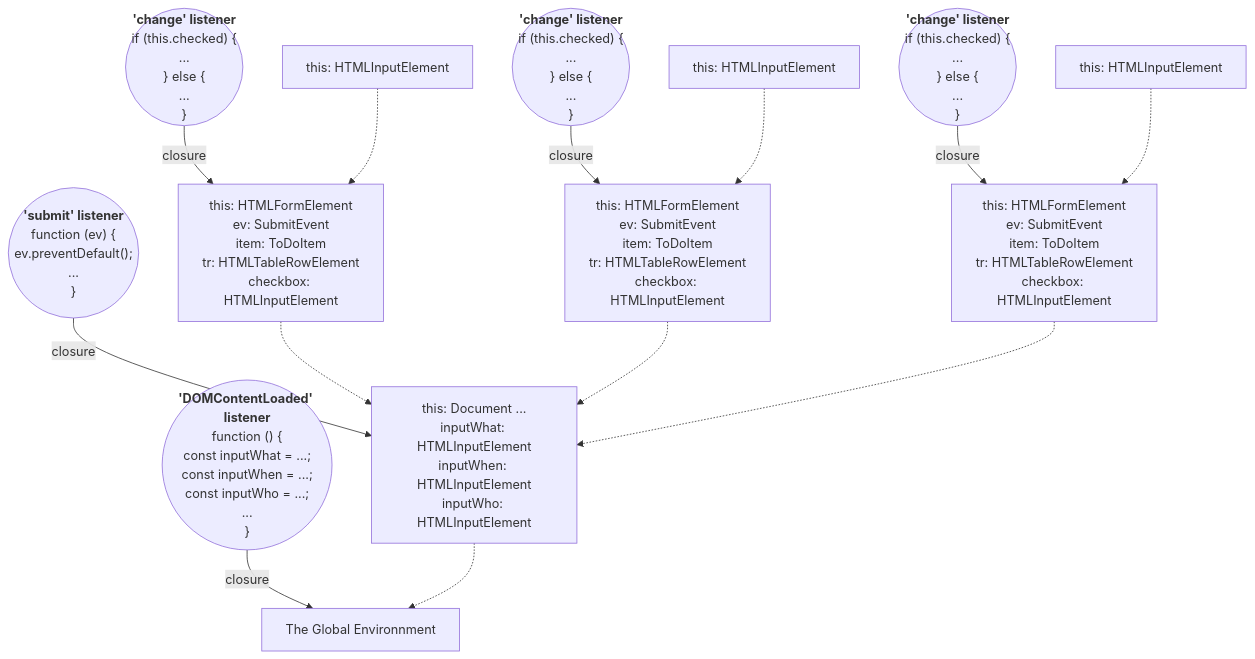
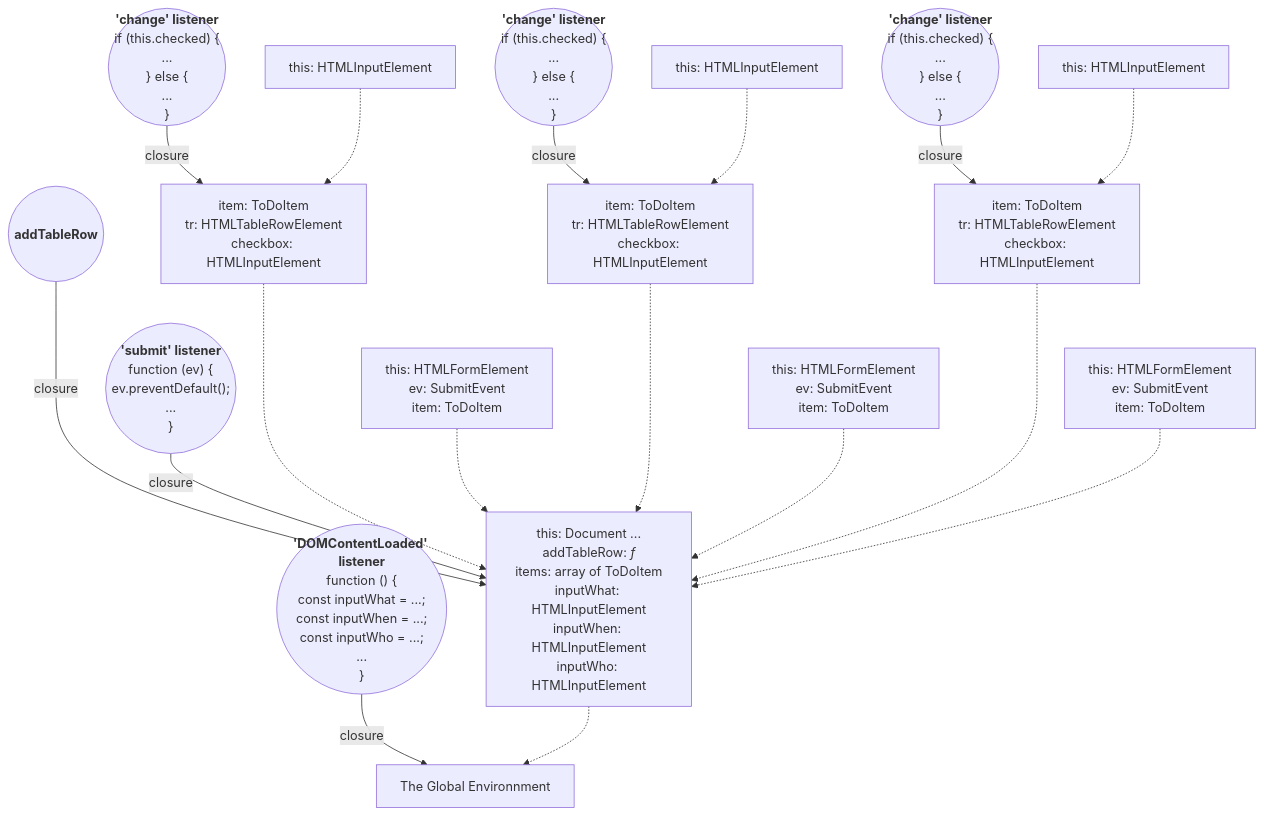
Before and after one commit to roninbar/2022-07-02-todo: the diagram in README.md, drawn with Mermaid.

Commit message:
Fix the environment model diagram.

````diff
--- a/README.md
+++ b/README.md
@@ -3,22 +3,27 @@
 ```mermaid
-graph TD
+graph TB
 global[The Global Environnment]
 dom-content-loaded(("<b>'DOMContentLoaded' listener</b><br>function () {<br>const inputWhat = ...;<br>const inputWhen = ...;<br>const inputWho = ...;<br>...<br>}")) --closure--> global
-dom-content-loaded-frame[this: Document ...<br>inputWhat: HTMLInputElement<br>inputWhen: HTMLInputElement<br>inputWho: HTMLInputElement] -.-> global
-submit(("<b>'submit' listener</b><br>function (ev) {<br>ev.preventDefault();<br>...<br>}")) --closure--> dom-content-loaded-frame
+dom-content-loaded-f[this: Document ...<br>addTableRow: <i>f</i><br>items: array of ToDoItem<br>inputWhat: HTMLInputElement<br>inputWhen: HTMLInputElement<br>inputWho: HTMLInputElement] -.-> global
+add-table-row(("<b>addTableRow")) --closure---> dom-content-loaded-f
+submit(("<b>'submit' listener</b><br>function (ev) {<br>ev.preventDefault();<br>...<br>}")) --closure--> dom-content-loaded-f
 change-1(("<b>'change' listener</b><br>if (this.checked) {<br>...<br>} else {<br>...<br>}")) --closure-->
-submit-f1[this: HTMLFormElement<br>ev: SubmitEvent<br>item: ToDoItem<br>tr: HTMLTableRowElement<br>checkbox: HTMLInputElement] -.-> dom-content-loaded-frame
-change-1-f1["this: HTMLInputElement"] -.-> submit-f1
+add-table-row-f1["item: ToDoItem<br>tr: HTMLTableRowElement<br>checkbox: HTMLInputElement"] -..-> dom-content-loaded-f
+submit-f1[this: HTMLFormElement<br>ev: SubmitEvent<br>item: ToDoItem] -.-> dom-content-loaded-f
+change-1-f1["this: HTMLInputElement"] -.-> add-table-row-f1
 %% change-1-f2["this: HTMLInputElement"] -.-> submit-f1
 %% change-1-f3["this: HTMLInputElement"] -.-> submit-f1
 change-2(("<b>'change' listener</b><br>if (this.checked) {<br>...<br>} else {<br>...<br>}")) --closure-->
-submit-f2[this: HTMLFormElement<br>ev: SubmitEvent<br>item: ToDoItem<br>tr: HTMLTableRowElement<br>checkbox: HTMLInputElement] -.-> dom-content-loaded-frame
-change-2-f1["this: HTMLInputElement"] -.-> submit-f2
+add-table-row-f2["item: ToDoItem<br>tr: HTMLTableRowElement<br>checkbox: HTMLInputElement"] -..-> dom-content-loaded-f
+submit-f2[this: HTMLFormElement<br>ev: SubmitEvent<br>item: ToDoItem] -.-> dom-content-loaded-f
+change-2-f1["this: HTMLInputElement"] -.-> add-table-row-f2
 %% change-2-f2["this: HTMLInputElement"] -.-> submit-f2
 %% change-2-f3["this: HTMLInputElement"] -.-> submit-f2
 change-3(("<b>'change' listener</b><br>if (this.checked) {<br>...<br>} else {<br>...<br>}")) --closure-->
-submit-f3[this: HTMLFormElement<br>ev: SubmitEvent<br>item: ToDoItem<br>tr: HTMLTableRowElement<br>checkbox: HTMLInputElement] -.-> dom-content-loaded-frame
-change-3-f1["this: HTMLInputElement"] -.-> submit-f3
+add-table-row-f3["item: ToDoItem<br>tr: HTMLTableRowElement<br>checkbox: HTMLInputElement"] -..-> dom-content-loaded-f
+submit-f3[this: HTMLFormElement<br>ev: SubmitEvent<br>item: ToDoItem] -.-> dom-content-loaded-f
+change-3-f1["this: HTMLInputElement"] -.-> add-table-row-f3
 %% change-3-f2["this: HTMLInputElement"] -.-> submit-f3
 %% change-3-f3["this: HTMLInputElement"] -.-> submit-f3
+
 ```
````
